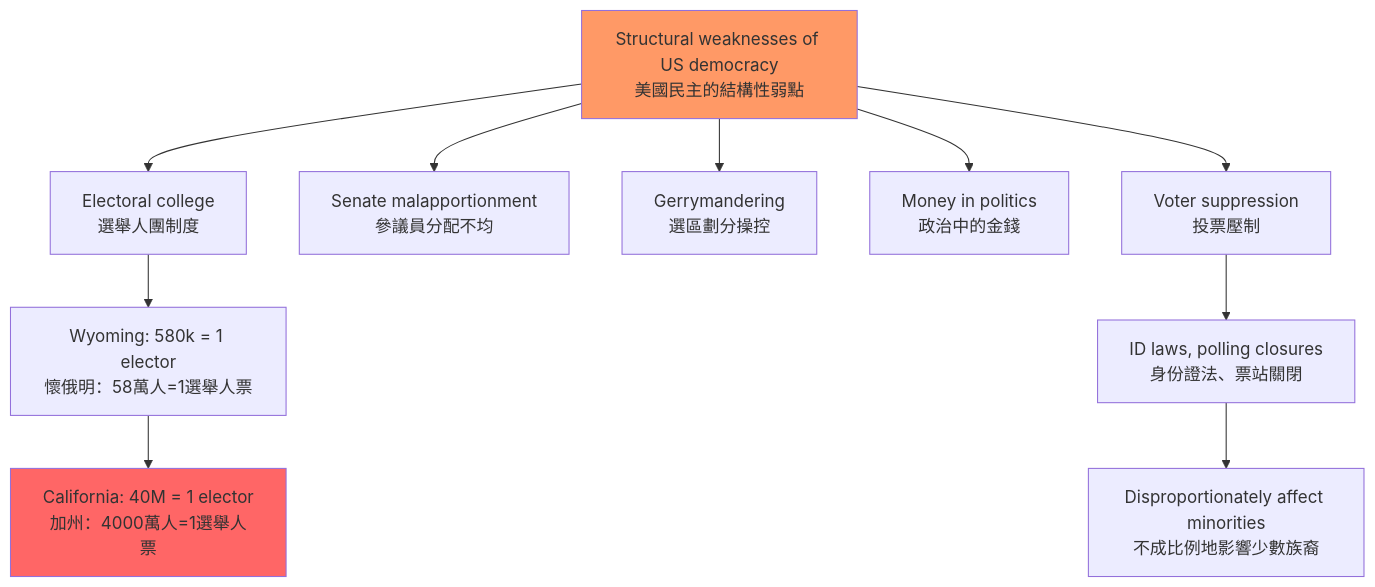
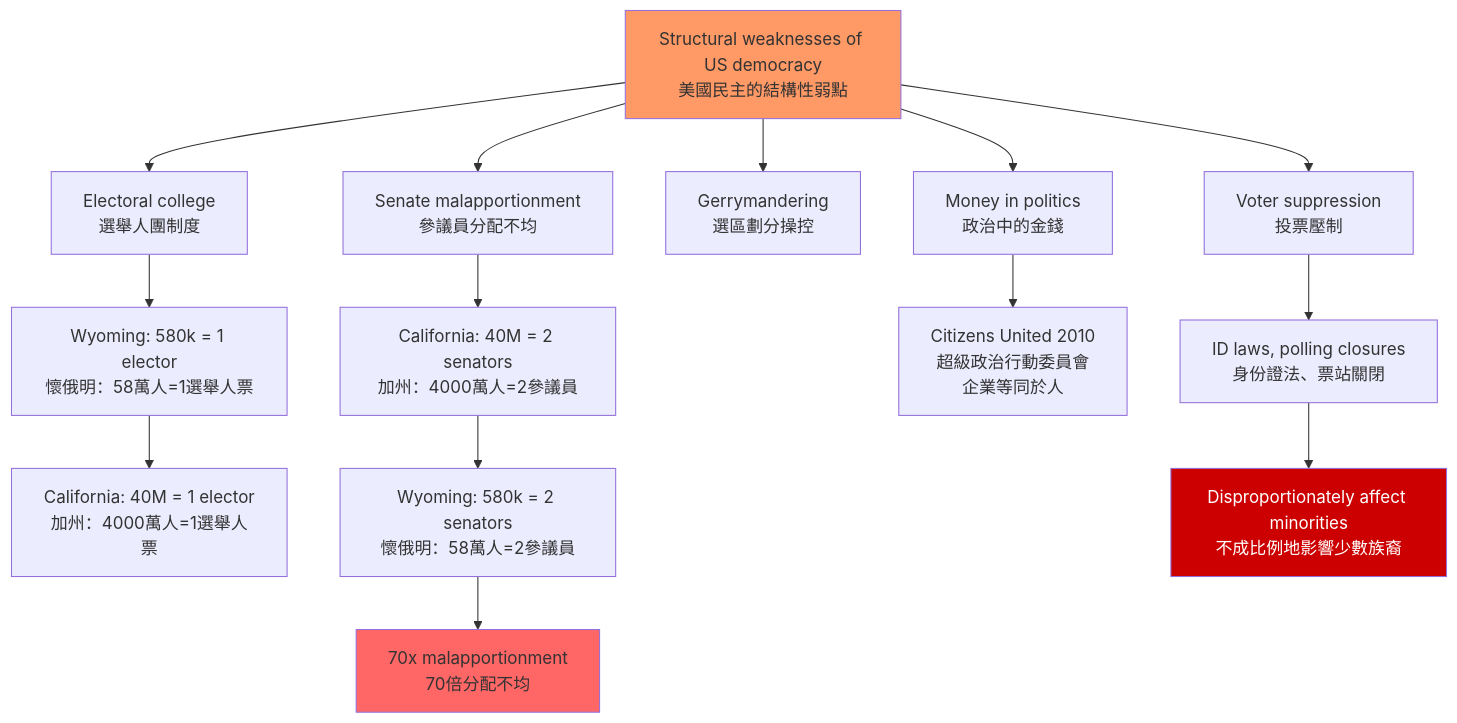
The fifth of 5 diagrams in 01_HKU_Courses/HIST1025_Introduction_to_the_United_States.md (yip-lgtm/HKU-Harvard-History-Self-Study), drawn with Mermaid before and after one commit. The commit also changed other lines of this file and 22 other files, not shown here.

````diff
--- a/01_HKU_Courses/HIST1025_Introduction_to_the_United_States.md
+++ b/01_HKU_Courses/HIST1025_Introduction_to_the_United_States.md
@@ -132,17 +413,24 @@
 ```mermaid
 graph TD
     A[Structural weaknesses of US democracy<br/>美國民主的結構性弱點] --> B[Electoral college<br/>選舉人團制度]
     A --> C[Senate malapportionment<br/>參議員分配不均]
     A --> D[Gerrymandering<br/>選區劃分操控]
     A --> E[Money in politics<br/>政治中的金錢]
     A --> F[Voter suppression<br/>投票壓制]
     
     B --> B1[Wyoming: 580k = 1 elector<br/>懷俄明：58萬人=1選舉人票]
     B1 --> B2[California: 40M = 1 elector<br/>加州：4000萬人=1選舉人票]
     
+    C --> C1[California: 40M = 2 senators<br/>加州：4000萬人=2參議員]
+    C1 --> C2[Wyoming: 580k = 2 senators<br/>懷俄明：58萬人=2參議員]
+    C2 --> C3[70x malapportionment<br/>70倍分配不均]
+    
+    E --> E1[Citizens United 2010<br/>超級政治行動委員會<br/>企業等同於人]
+    
     F --> F1[ID laws, polling closures<br/>身份證法、票站關閉]
     F1 --> F2[Disproportionately affect minorities<br/>不成比例地影響少數族裔]
     
     style A fill:#f96
-    style B2 fill:#f66
+    style C3 fill:#f66
+    style F2 fill:#c00,color:#fff
 ```
````
